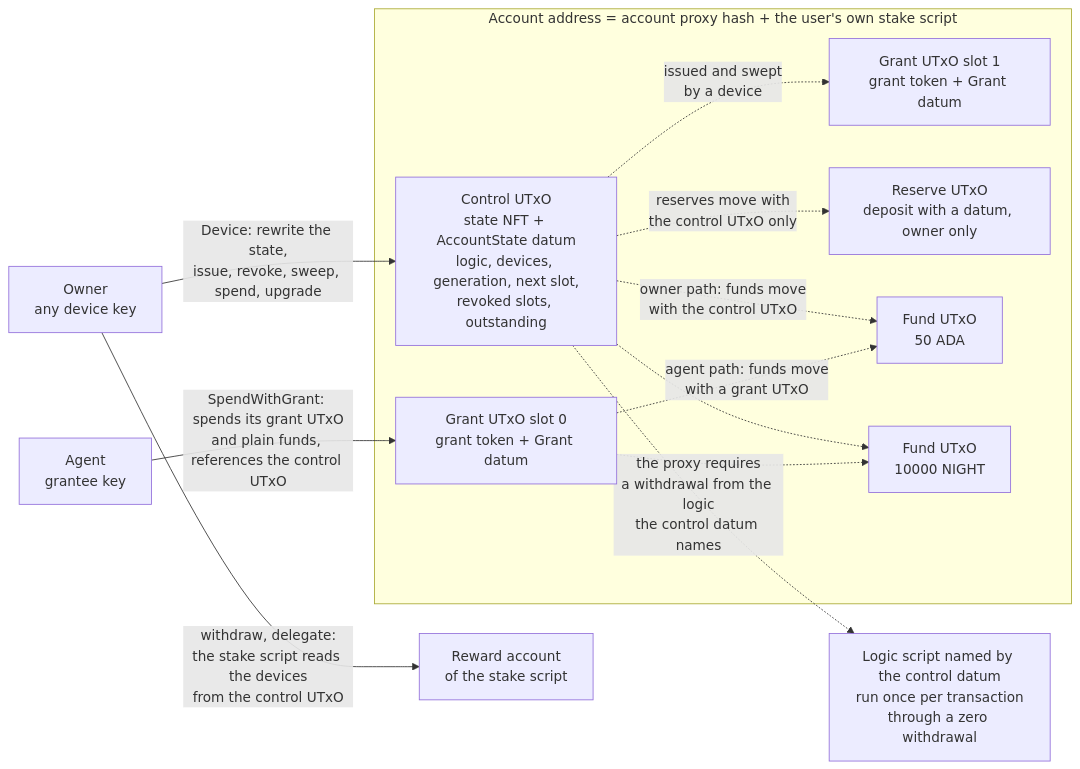
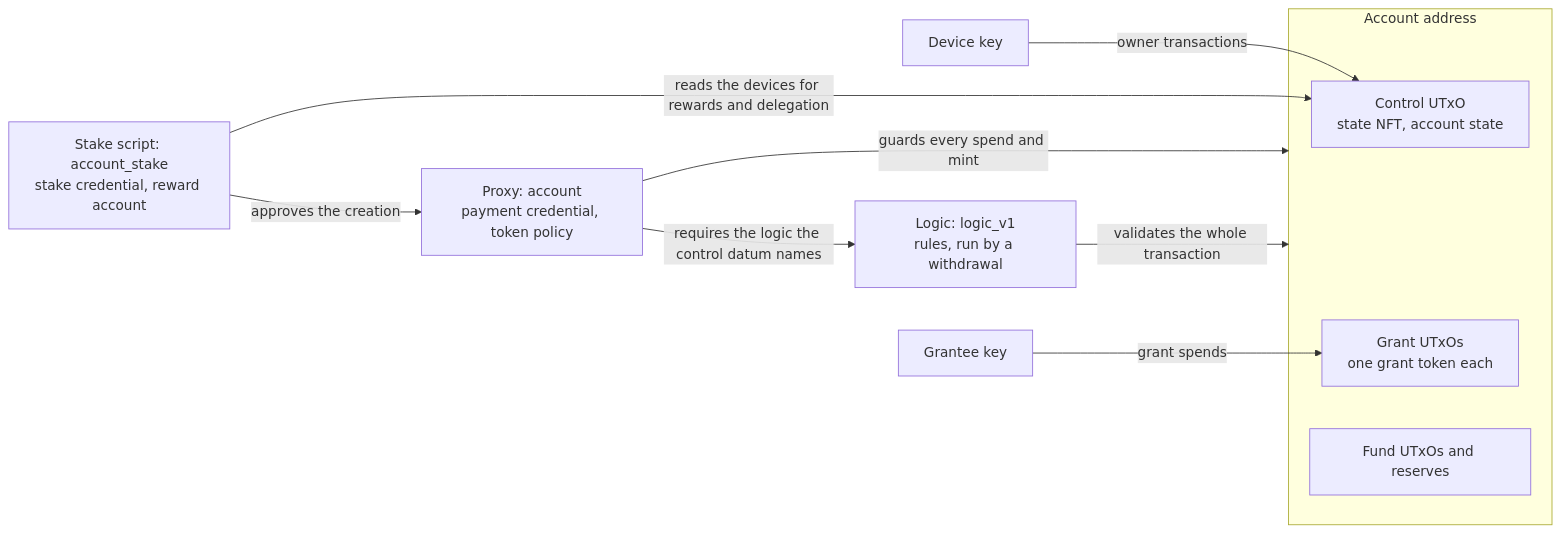
Before and after one commit to Biglup/cardano-account-custody-contract: the diagram in README.md, drawn with Mermaid. The commit also changed other lines of this file and 3 other files, not shown here.

````diff
--- a/README.md
+++ b/README.md
@@ -44,23 +51,20 @@
 ```mermaid
 flowchart LR
-    subgraph addr["Account address = account proxy hash + the user's own stake script"]
-        control["Control UTxO<br/>state NFT + AccountState datum<br/>logic, devices, generation, next slot,<br/>revoked slots, outstanding"]
-        g1["Grant UTxO slot 0<br/>grant token + Grant datum"]
-        g2["Grant UTxO slot 1<br/>grant token + Grant datum"]
-        r1["Reserve UTxO<br/>deposit with a datum, owner only"]
-        f1["Fund UTxO<br/>50 ADA"]
-        f2["Fund UTxO<br/>10000 NIGHT"]
+    device["Device key"]
+    grantee["Grantee key"]
+    subgraph address["Account address"]
+        control["Control UTxO<br/>state NFT, account state"]
+        grants["Grant UTxOs<br/>one grant token each"]
+        deposits["Fund UTxOs and reserves"]
     end
-    logic["Logic script named by the control datum<br/>run once per transaction<br/>through a zero withdrawal"]
-    rewards["Reward account<br/>of the stake script"]
-    owner["Owner<br/>any device key"] -- "Device: rewrite the state,<br/>issue, revoke, sweep, spend, upgrade" --> control
-    agent["Agent<br/>grantee key"] -- "SpendWithGrant: spends its grant UTxO<br/>and plain funds, references the control UTxO" --> g1
-    owner -- "withdraw, delegate:<br/>the stake script reads the devices<br/>from the control UTxO" --> rewards
-    control -. "the proxy requires<br/>a withdrawal from the logic<br/>the control datum names" .-> logic
-    control -. "owner path: funds move<br/>with the control UTxO" .-> f1
-    control -.-> f2
-    g1 -. "agent path: funds move<br/>with a grant UTxO" .-> f1
-    g1 -.-> f2
-    control -. "reserves move with<br/>the control UTxO only" .-> r1
-    control -. "issued and swept<br/>by a device" .-> g2
+    proxy["Proxy: account<br/>payment credential, token policy"]
+    logic["Logic: logic_v1<br/>rules, run by a withdrawal"]
+    stake["Stake script: account_stake<br/>stake credential, reward account"]
+    device -- "owner transactions" --> control
+    grantee -- "grant spends" --> grants
+    proxy -- "guards every spend and mint" --> address
+    proxy -- "requires the logic the control datum names" --> logic
+    logic -- "validates the whole transaction" --> address
+    stake -- "reads the devices for rewards and delegation" --> control
+    stake -- "approves the creation" --> proxy
 ```
````
